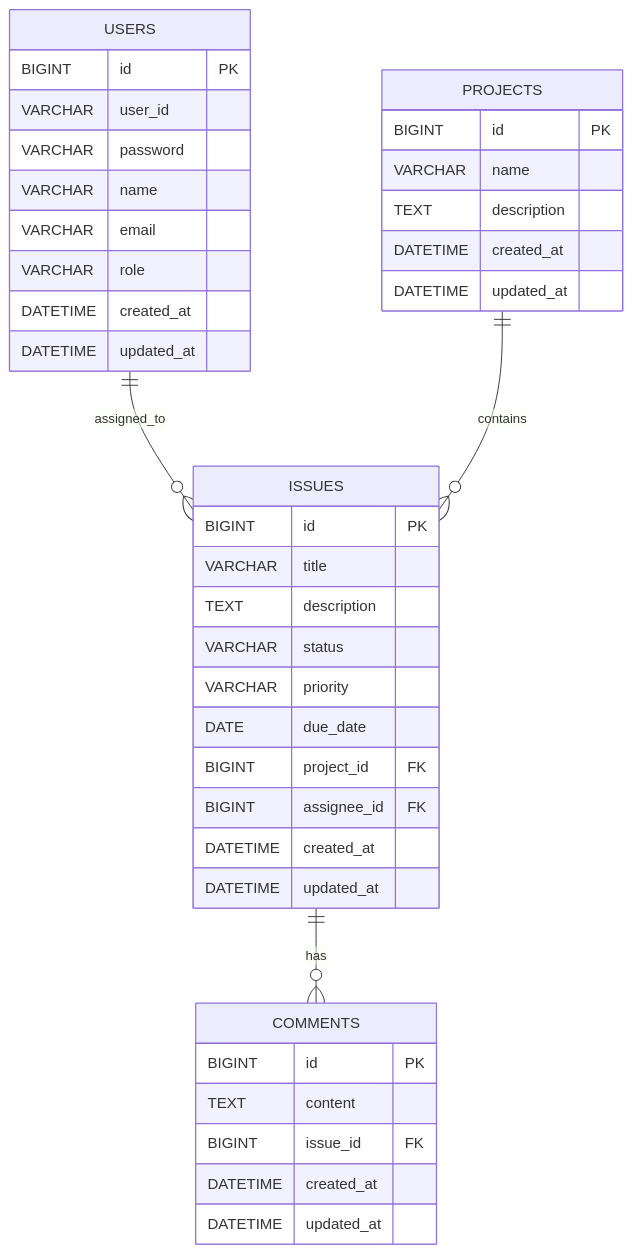
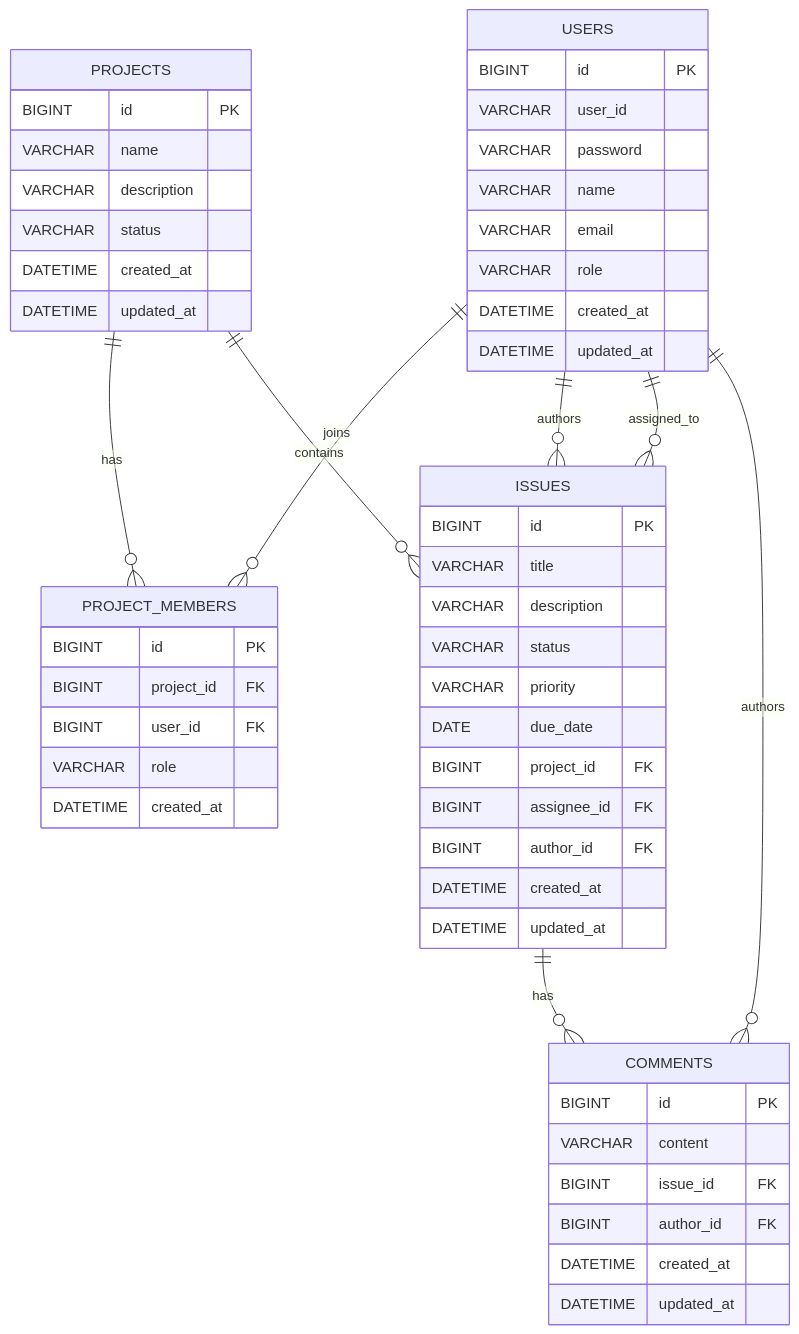
The diagram in README.md (KiBeomLee16/IssueTracker), drawn with Mermaid before and after one commit. The commit also changed other lines of this file and 3 other files, not shown here.

````diff
--- a/README.md
+++ b/README.md
@@ -175,46 +187,61 @@
 ```mermaid
 erDiagram
+    USERS ||--o{ PROJECT_MEMBERS : joins
+    PROJECTS ||--o{ PROJECT_MEMBERS : has
+    PROJECTS ||--o{ ISSUES : contains
+    USERS ||--o{ ISSUES : authors
     USERS ||--o{ ISSUES : assigned_to
-    PROJECTS ||--o{ ISSUES : contains
     ISSUES ||--o{ COMMENTS : has
+    USERS ||--o{ COMMENTS : authors
 
     USERS {
         BIGINT id PK
         VARCHAR user_id
         VARCHAR password
         VARCHAR name
         VARCHAR email
         VARCHAR role
         DATETIME created_at
         DATETIME updated_at
     }
 
     PROJECTS {
         BIGINT id PK
         VARCHAR name
-        TEXT description
+        VARCHAR description
+        VARCHAR status
         DATETIME created_at
         DATETIME updated_at
+    }
+
+    PROJECT_MEMBERS {
+        BIGINT id PK
+        BIGINT project_id FK
+        BIGINT user_id FK
+        VARCHAR role
+        DATETIME created_at
     }
 
     ISSUES {
         BIGINT id PK
         VARCHAR title
-        TEXT description
+        VARCHAR description
         VARCHAR status
         VARCHAR priority
         DATE due_date
         BIGINT project_id FK
         BIGINT assignee_id FK
+        BIGINT author_id FK
         DATETIME created_at
         DATETIME updated_at
     }
 
     COMMENTS {
         BIGINT id PK
-        TEXT content
+        VARCHAR content
         BIGINT issue_id FK
+        BIGINT author_id FK
         DATETIME created_at
         DATETIME updated_at
     }
 ```
````
